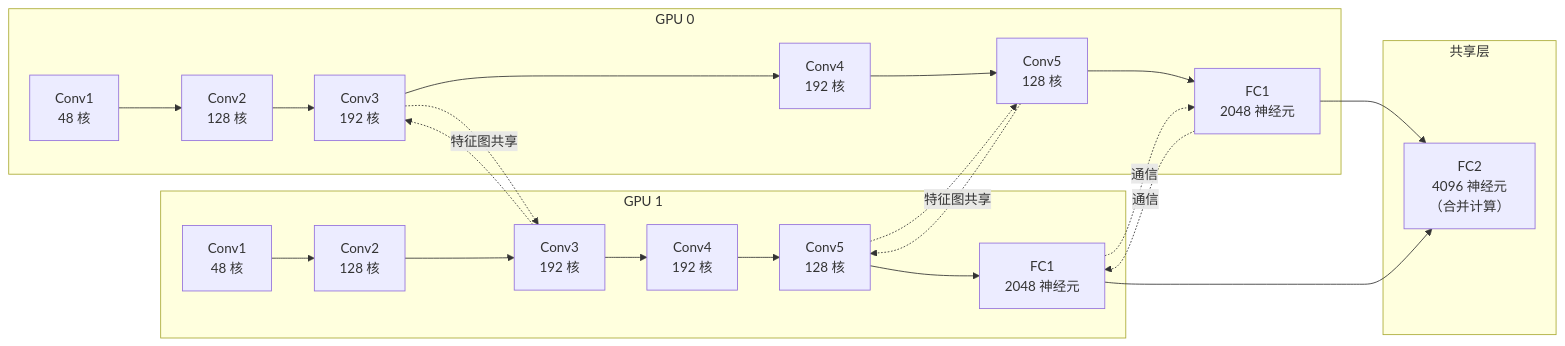
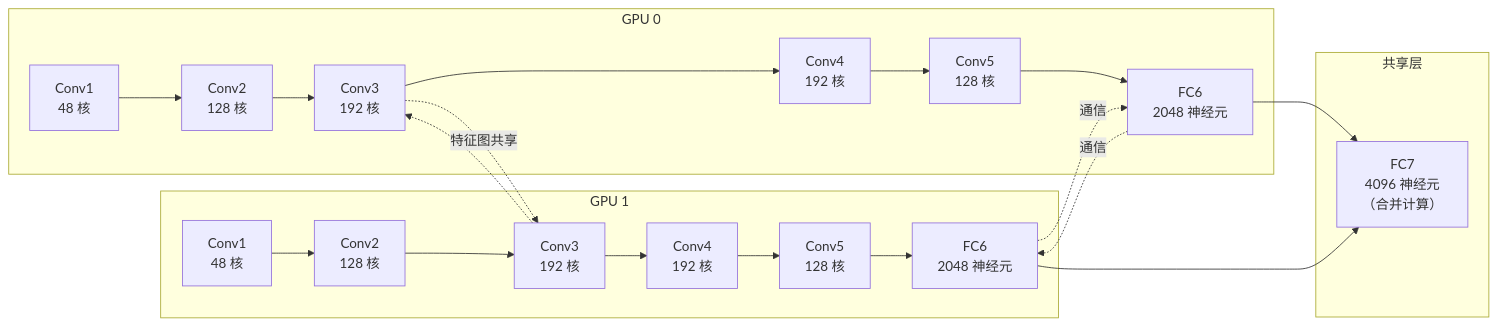
Before and after one commit to fenixsoft/dmla: the diagram in docs/deep-learning/convolutional-neural-network/alexnet.md, drawn with Mermaid. The commit also changed other lines of this file and 59 other files, not shown here.

````diff
--- a/docs/deep-learning/convolutional-neural-network/alexnet.md
+++ b/docs/deep-learning/convolutional-neural-network/alexnet.md
@@ -129,51 +129,50 @@
 ```mermaid compact
 flowchart LR
     subgraph GPU0["GPU 0"]
         A1["Conv1<br/>48 核"]
         A2["Conv2<br/>128 核"]
         A3["Conv3<br/>192 核"]
         A4["Conv4<br/>192 核"]
         A5["Conv5<br/>128 核"]
-        A6["FC1<br/>2048 神经元"]
+        A6["FC6<br/>2048 神经元"]
     end
     
     subgraph GPU1["GPU 1"]
         B1["Conv1<br/>48 核"]
         B2["Conv2<br/>128 核"]
         B3["Conv3<br/>192 核"]
         B4["Conv4<br/>192 核"]
         B5["Conv5<br/>128 核"]
-        B6["FC1<br/>2048 神经元"]
+        B6["FC6<br/>2048 神经元"]
     end
     
     subgraph Shared["共享层"]
-        C["FC2<br/>4096 神经元<br/>（合并计算）"]
+        C["FC7<br/>4096 神经元<br/>（合并计算）"]
     end
     
     A1 --> A2
     B1 --> B2
 
     A2 --> A3
     B2 --> B3
     
     A3 -.->|"特征图共享"| B3
     B3 -.->|" "| A3
     
     A3 --> A4
     B3 --> B4
 
     A4 --> A5
     B4 --> B5
 
     A5 --> A6
     B5 --> B6
 
-    A5 -.->|"特征图共享"| B5
-    B5 -.->|" "| A5
-    
+
+
     A6 -.->|"通信"| B6
     B6 -.->|"通信"| A6
     
     A6 --> C
     B6 --> C
 ```
````
